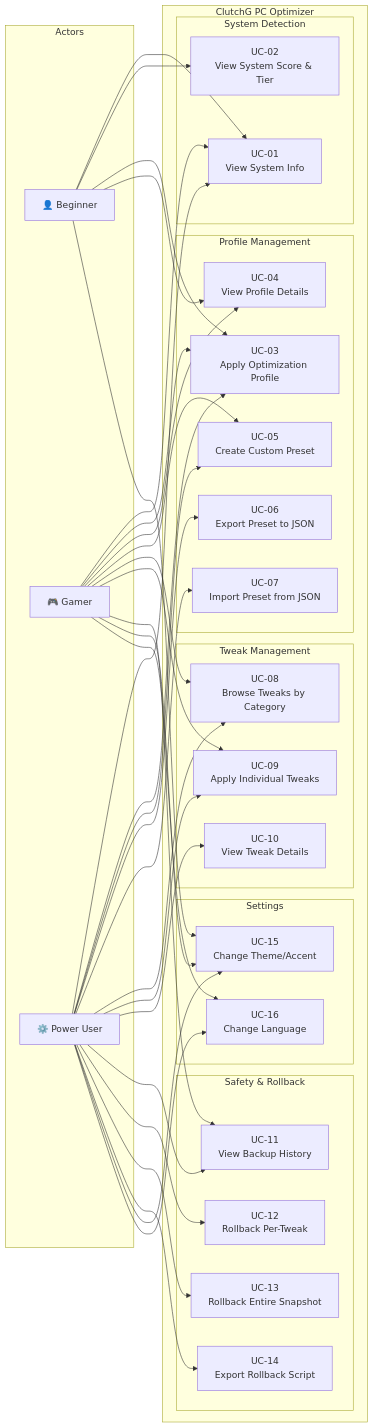
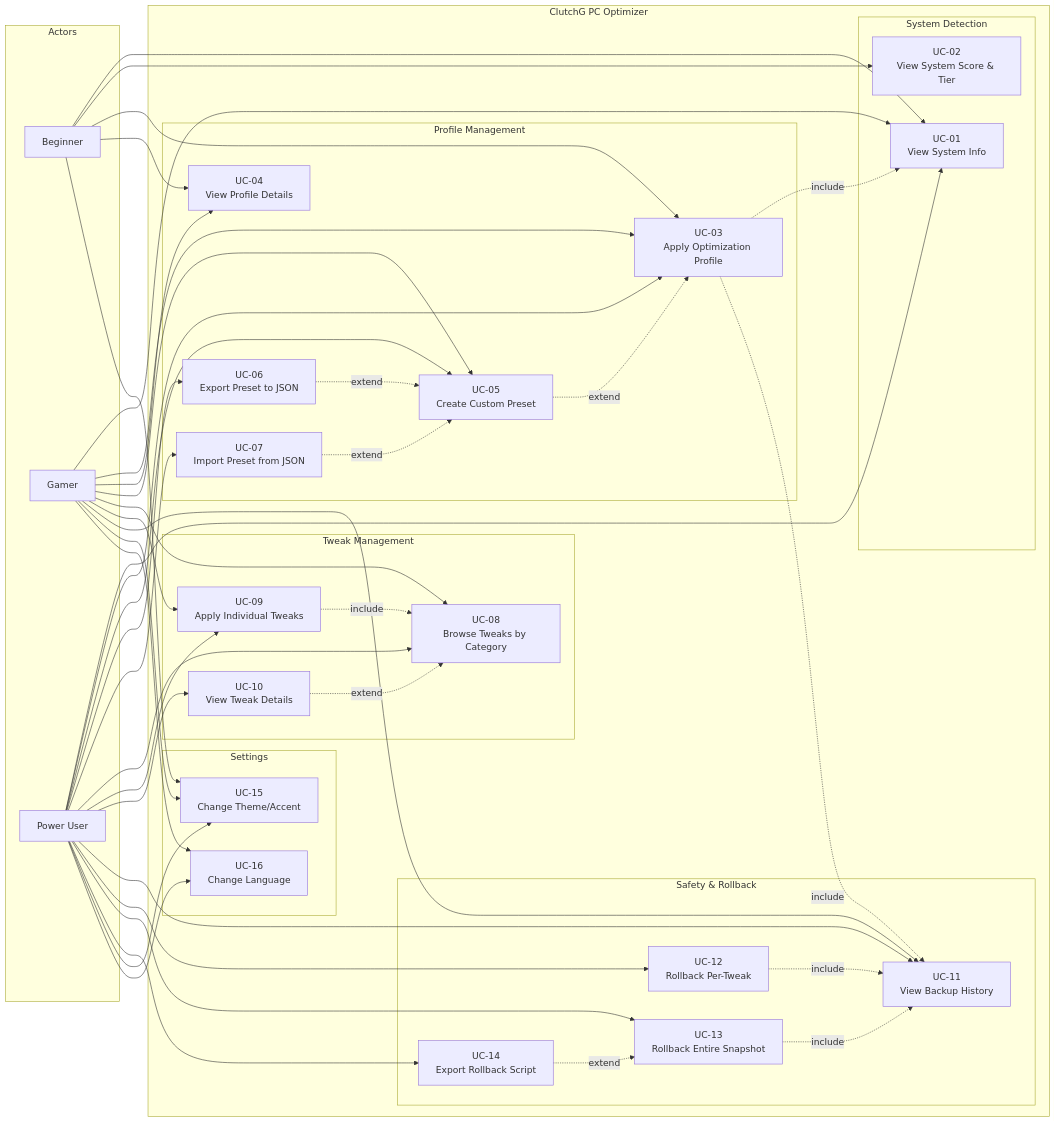
Before and after one commit to neckttiie090520/clutchg-pc-optimizer: the second of 13 diagrams in docs/iso29110-clutchg/Appendix-A-UML-Diagrams.md, drawn with Mermaid. The commit also changed other lines of this file and 8 other files, not shown here.

````diff
--- a/docs/iso29110-clutchg/Appendix-A-UML-Diagrams.md
+++ b/docs/iso29110-clutchg/Appendix-A-UML-Diagrams.md
@@ -54,9 +54,9 @@
 ```mermaid
 graph LR
     subgraph Actors
-        BEG["👤 Beginner"]
-        GAM["🎮 Gamer"]
-        PWR["⚙️ Power User"]
+        BEG["Beginner"]
+        GAM["Gamer"]
+        PWR["Power User"]
     end
 
     subgraph "ClutchG PC Optimizer"
@@ -122,4 +122,18 @@
     PWR --> UC14
     PWR --> UC15
     PWR --> UC16
+
+    %% Include relationships
+    UC03 -.->|"include"| UC01
+    UC03 -.->|"include"| UC11
+    UC09 -.->|"include"| UC08
+    UC12 -.->|"include"| UC11
+    UC13 -.->|"include"| UC11
+
+    %% Extend relationships
+    UC05 -.->|"extend"| UC03
+    UC06 -.->|"extend"| UC05
+    UC07 -.->|"extend"| UC05
+    UC14 -.->|"extend"| UC13
+    UC10 -.->|"extend"| UC08
 ```
````
